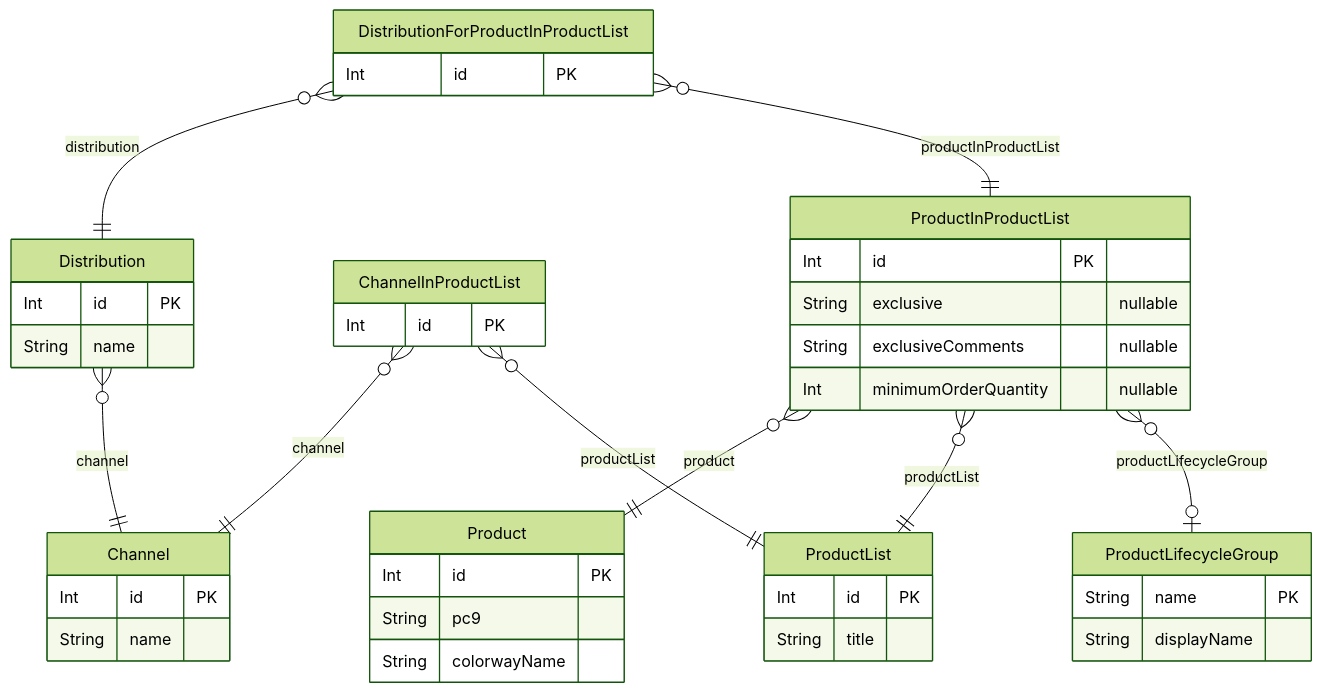
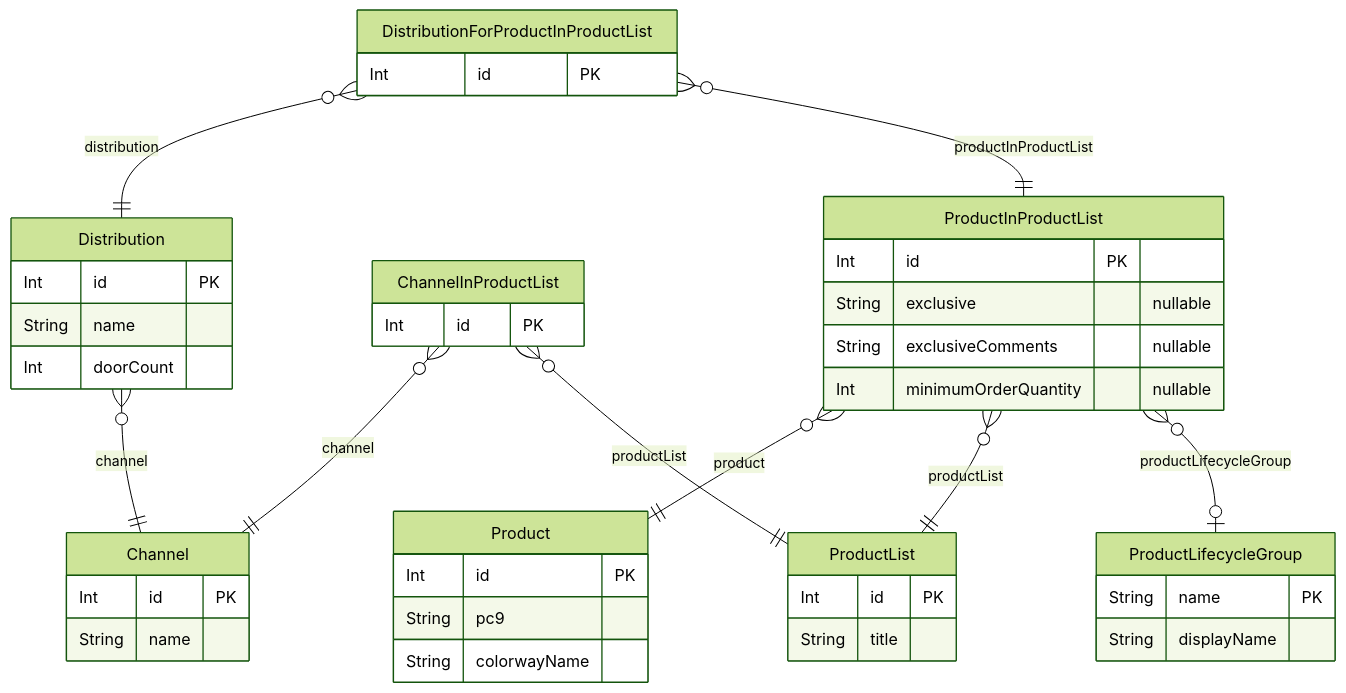
Before and after one commit to redbadger/assortify-attributes-spike: the diagram in README.md, drawn with Mermaid (forest theme). The commit also changed 11 other files, not shown here.

Commit message:
Add door count

````diff
--- a/README.md
+++ b/README.md
@@ -1,60 +1,61 @@
 ```mermaid
 erDiagram
 
   Product {
     Int id PK 
     String pc9  
     String colorwayName  
     }
   
 
   ProductList {
     Int id PK 
     String title  
     }
   
 
   ProductInProductList {
     Int id PK 
     String exclusive  "nullable"
     String exclusiveComments  "nullable"
     Int minimumOrderQuantity  "nullable"
     }
   
 
   ProductLifecycleGroup {
     String name PK 
     String displayName  
     }
   
 
   Channel {
     Int id PK 
     String name  
     }
   
 
   ChannelInProductList {
     Int id PK 
     }
   
 
   Distribution {
     Int id PK 
     String name  
+    Int doorCount  
     }
   
 
   DistributionForProductInProductList {
     Int id PK 
     }
   
     ProductInProductList o{--|| Product : "product"
     ProductInProductList o{--|| ProductList : "productList"
     ProductInProductList o{--|o ProductLifecycleGroup : "productLifecycleGroup"
     ChannelInProductList o{--|| Channel : "channel"
     ChannelInProductList o{--|| ProductList : "productList"
     Distribution o{--|| Channel : "channel"
     DistributionForProductInProductList o{--|| Distribution : "distribution"
     DistributionForProductInProductList o{--|| ProductInProductList : "productInProductList"
 ```
````
